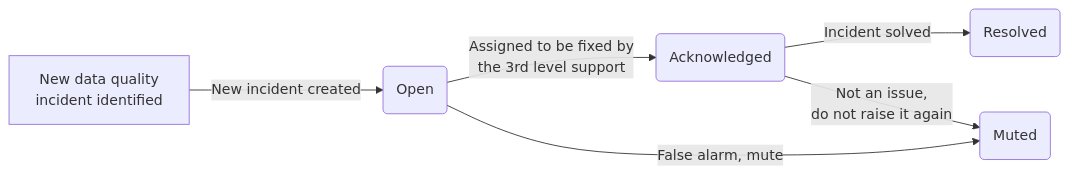
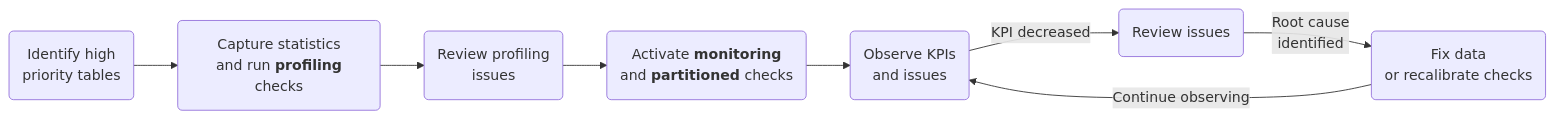
Before and after one commit to dqops/dqo: the diagram in docs/dqo-concepts/data-quality-kpis/data-quality-kpis.md, drawn with Mermaid. The commit also changed other lines of this file and 5 other files, not shown here.

Commit message:
Improvements to the documentation: data quality KPIs, incremental data quality.

````diff
--- a/docs/dqo-concepts/data-quality-kpis/data-quality-kpis.md
+++ b/docs/dqo-concepts/data-quality-kpis/data-quality-kpis.md
@@ -32,8 +130,10 @@
 ``` mermaid
 graph LR
-  S[New data quality<br/>incident identified] --> |New incident created| O(Open);
-  O --> |Assigned to be fixed by<br/> the 3rd level support| A(Acknowledged);
-  O --> |False alarm, mute| M(Muted);
-  A --> |Incident solved| R(Resolved);
-  A --> |Not an issue,<br/>do not raise it again| M(Muted);
+  I(Identify high<br/> priority tables) --> S;
+  S(Capture statistics<br/> and run <strong>profiling</strong> checks) --> P
+  P(Review profiling<br/> issues) --> M;
+  M(Activate <strong>monitoring</strong><br/> and <strong>partitioned</strong> checks) --> O
+  O(Observe KPIs<br/> and issues) --> |KPI decreased| R;
+  R(Review issues) --> |Root cause<br/> identified| F;
+  F(Fix data<br/> or recalibrate checks) --> |Continue observing| O;
 ```
````
